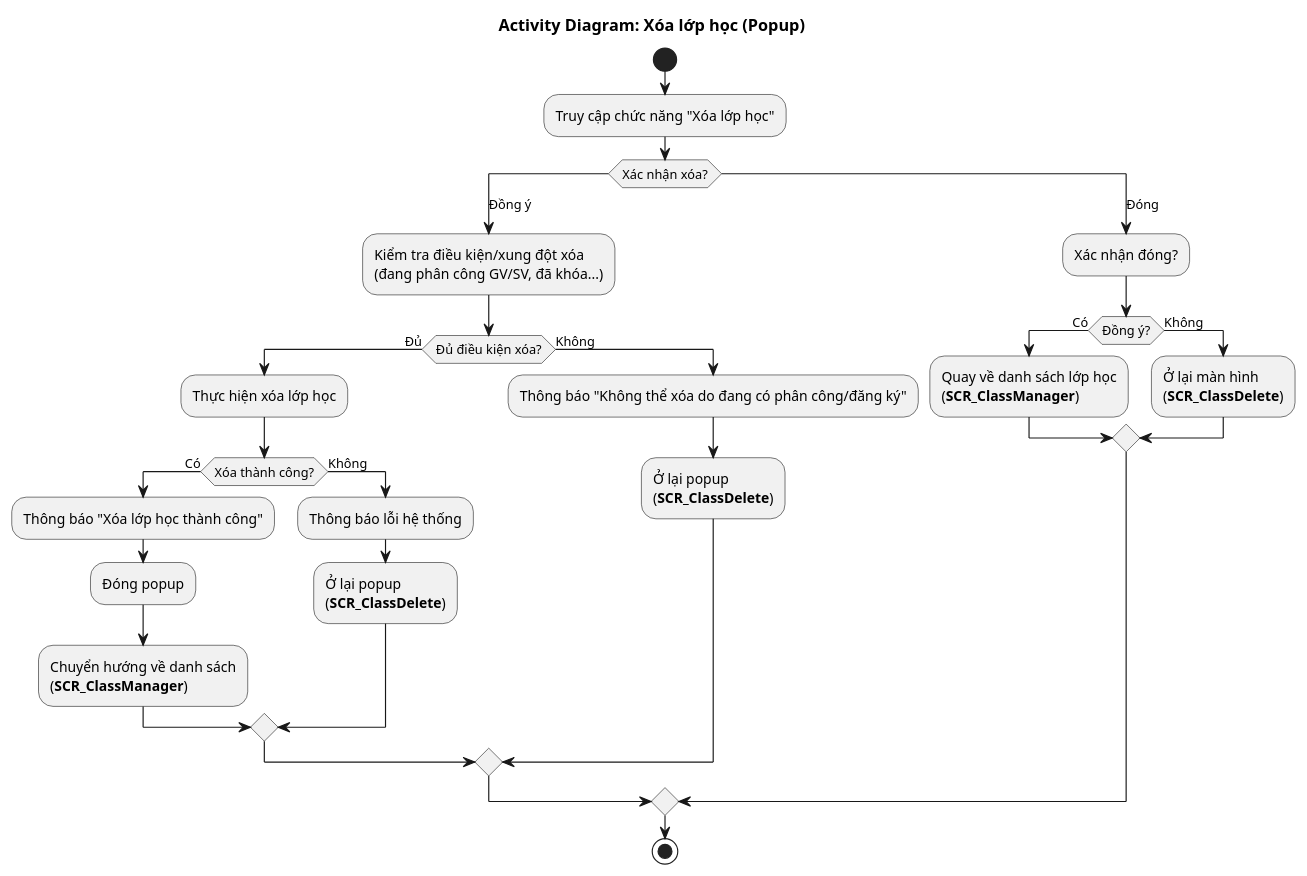
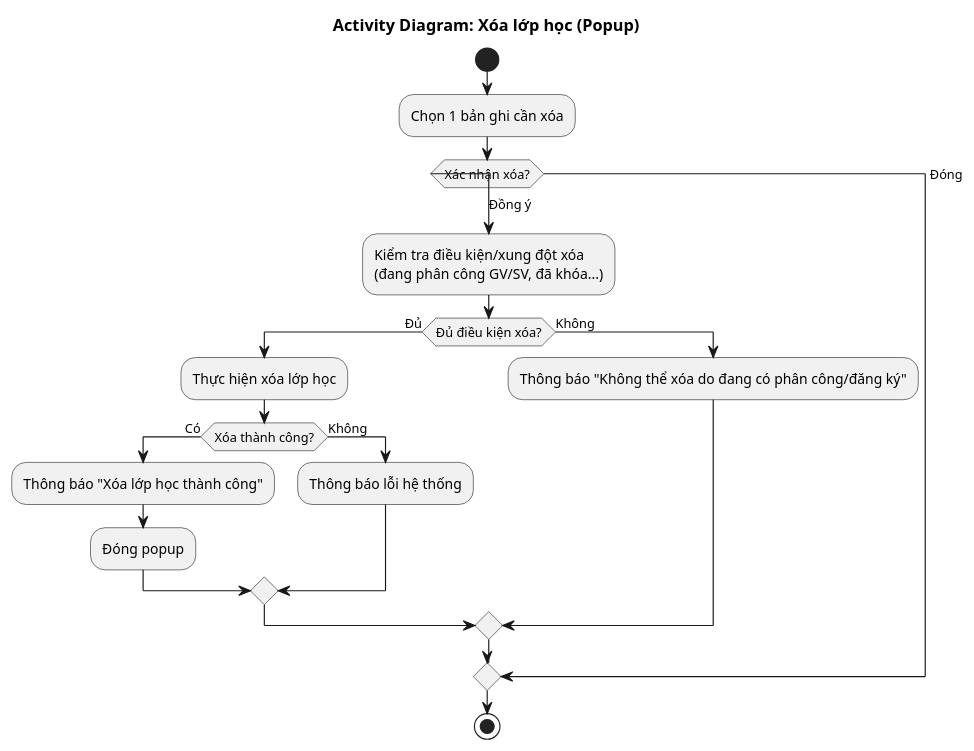
The diagram in 4.usecases/Class/ClassDelete/AD_ClassManager_Delete.puml (alvinnguyen9820-prog/TestPUML), drawn with PlantUML before and after one commit. The commit also changed 4 other files, not shown here.

```diff
--- a/4.usecases/Class/ClassDelete/AD_ClassManager_Delete.puml
+++ b/4.usecases/Class/ClassDelete/AD_ClassManager_Delete.puml
@@ -1,33 +1,25 @@
 @startuml AD_ClassManager_Delete
 !pragma layout smetana
 title Activity Diagram: Xóa lớp học (Popup)
 
 start
-:Truy cập chức năng "Xóa lớp học";
+:Chọn 1 bản ghi cần xóa;
 switch (Xác nhận xóa?)
     case (Đồng ý)
       :Kiểm tra điều kiện/xung đột xóa\n(đang phân công GV/SV, đã khóa...);
         if (Đủ điều kiện xóa?) then (Đủ)
           :Thực hiện xóa lớp học;
           if (Xóa thành công?) then (Có)
             :Thông báo "Xóa lớp học thành công";
             :Đóng popup;
-            :Chuyển hướng về danh sách\n(**SCR_ClassManager**);
           else (Không)
             :Thông báo lỗi hệ thống;
-            :Ở lại popup\n(**SCR_ClassDelete**);
           endif
         else (Không)
           :Thông báo "Không thể xóa do đang có phân công/đăng ký";
-          :Ở lại popup\n(**SCR_ClassDelete**);
         endif
     case (Đóng)
-      :Xác nhận đóng?;
-      if (Đồng ý?) then (Có)
-        :Quay về danh sách lớp học\n(**SCR_ClassManager**);
-      else (Không)
-        :Ở lại màn hình\n(**SCR_ClassDelete**);
-      endif
+      
   endswitch
 stop
 @enduml
```
